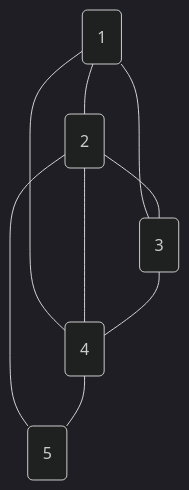
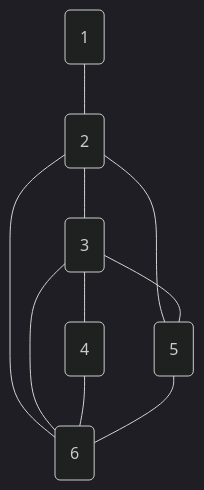
The diagram in HW02_DSA(2)/graph.md (Austin1153/DSA), drawn with Mermaid (dark theme) before and after one commit. The commit also changed other lines of this file and 2 other files, not shown here.

````diff
--- a/HW02_DSA(2)/graph.md
+++ b/HW02_DSA(2)/graph.md
@@ -3,16 +3,18 @@
 ```mermaid
  graph TD
 	A1(1)
 	A2(2)
 	A3(3)
 	A4(4)
 	A5(5)
+	A6(6)
 	A1 --- A2
-	A1 --- A3
-	A1 --- A4
 	A2 --- A3
-	A2 --- A4
 	A2 --- A5
+	A2 --- A6
 	A3 --- A4
-	A4 --- A5
+	A3 --- A5
+	A3 --- A6
+	A4 --- A6
+	A5 --- A6
 ```
````
